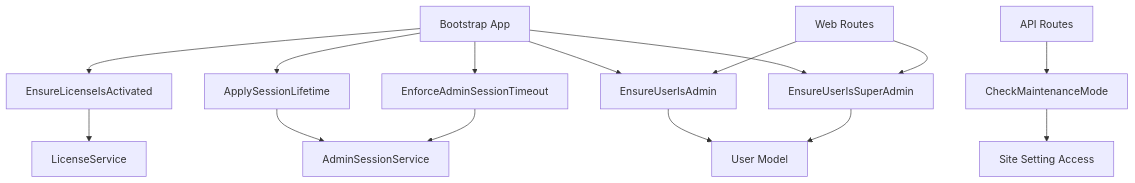
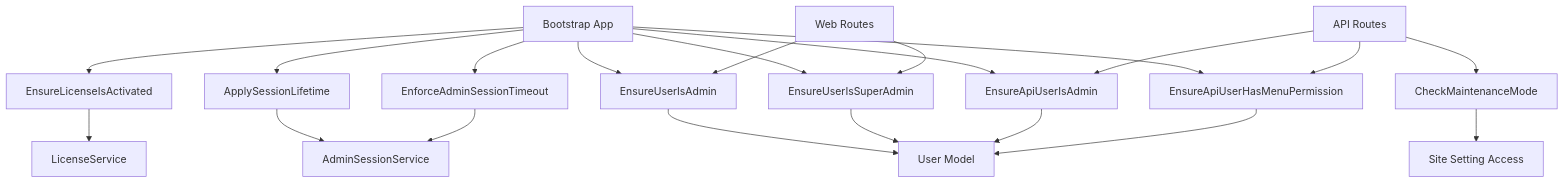
Before and after one commit to mahbub095/bus-app: diagram 16 of 16 in .qoder/repowiki/en/content/System Architecture/Backend Architecture/Middleware Pipeline.md, drawn with Mermaid. The commit also changed other lines of this file and 460 other files, not shown here.

````diff
--- a/.qoder/repowiki/en/content/System Architecture/Backend Architecture/Middleware Pipeline.md
+++ b/.qoder/repowiki/en/content/System Architecture/Backend Architecture/Middleware Pipeline.md
@@ -467,17 +569,23 @@
 ```mermaid
 graph TB
 EnsureLicenseIsActivated["EnsureLicenseIsActivated"] --> LicenseService["LicenseService"]
 EnsureUserIsAdmin["EnsureUserIsAdmin"] --> User["User Model"]
 EnsureUserIsSuperAdmin["EnsureUserIsSuperAdmin"] --> User
+EnsureApiUserIsAdmin["EnsureApiUserIsAdmin"] --> User
+EnsureApiUserHasMenuPermission["EnsureApiUserHasMenuPermission"] --> User
 CheckMaintenanceMode["CheckMaintenanceMode"] --> SiteSetting["Site Setting Access"]
 ApplySessionLifetime["ApplySessionLifetime"] --> AdminSessionService["AdminSessionService"]
 EnforceAdminSessionTimeout["EnforceAdminSessionTimeout"] --> AdminSessionService
 BootstrapApp["Bootstrap App"] --> EnsureLicenseIsActivated
 BootstrapApp --> ApplySessionLifetime
 BootstrapApp --> EnforceAdminSessionTimeout
 BootstrapApp --> EnsureUserIsAdmin
 BootstrapApp --> EnsureUserIsSuperAdmin
+BootstrapApp --> EnsureApiUserIsAdmin
+BootstrapApp --> EnsureApiUserHasMenuPermission
 RoutesWeb["Web Routes"] --> EnsureUserIsAdmin
 RoutesWeb --> EnsureUserIsSuperAdmin
 RoutesApi["API Routes"] --> CheckMaintenanceMode
+RoutesApi --> EnsureApiUserIsAdmin
+RoutesApi --> EnsureApiUserHasMenuPermission
 ```
````
